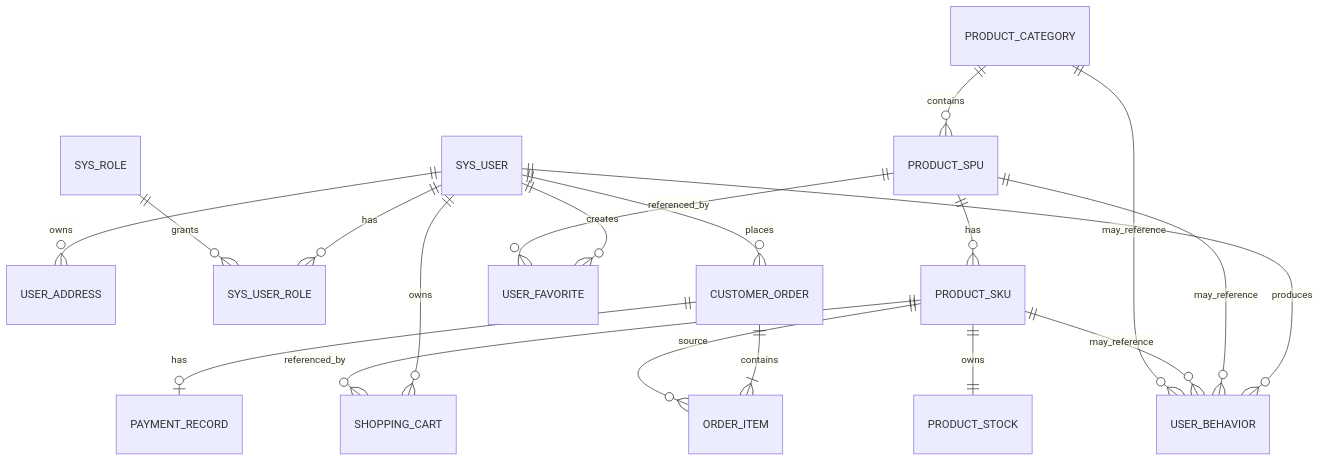
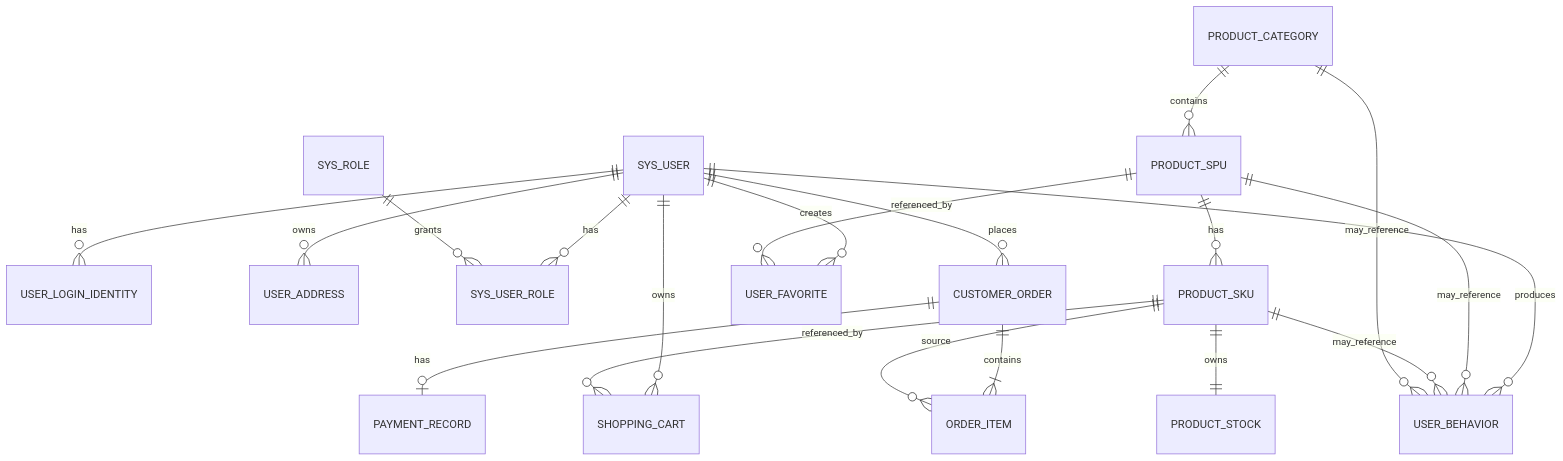
The sixth of 15 diagrams in docs/v1.0-architecture.md (XMU-Linjer/persona-flow-commerce), drawn with Mermaid before and after one commit. The commit also changed other lines of this file and 2 other files, not shown here.

````diff
--- a/docs/v1.0-architecture.md
+++ b/docs/v1.0-architecture.md
@@ -632,26 +665,27 @@
 ```mermaid
 erDiagram
+    SYS_USER ||--o{ USER_LOGIN_IDENTITY : has
     SYS_USER ||--o{ USER_ADDRESS : owns
     SYS_USER ||--o{ SYS_USER_ROLE : has
     SYS_ROLE ||--o{ SYS_USER_ROLE : grants
 
     PRODUCT_CATEGORY ||--o{ PRODUCT_SPU : contains
     PRODUCT_SPU ||--o{ PRODUCT_SKU : has
     PRODUCT_SKU ||--|| PRODUCT_STOCK : owns
 
     SYS_USER ||--o{ USER_FAVORITE : creates
     PRODUCT_SPU ||--o{ USER_FAVORITE : referenced_by
 
     SYS_USER ||--o{ SHOPPING_CART : owns
     PRODUCT_SKU ||--o{ SHOPPING_CART : referenced_by
 
     SYS_USER ||--o{ CUSTOMER_ORDER : places
     CUSTOMER_ORDER ||--|{ ORDER_ITEM : contains
     PRODUCT_SKU ||--o{ ORDER_ITEM : source
     CUSTOMER_ORDER ||--o| PAYMENT_RECORD : has
 
     SYS_USER ||--o{ USER_BEHAVIOR : produces
     PRODUCT_SPU ||--o{ USER_BEHAVIOR : may_reference
     PRODUCT_SKU ||--o{ USER_BEHAVIOR : may_reference
     PRODUCT_CATEGORY ||--o{ USER_BEHAVIOR : may_reference
 ```
````
